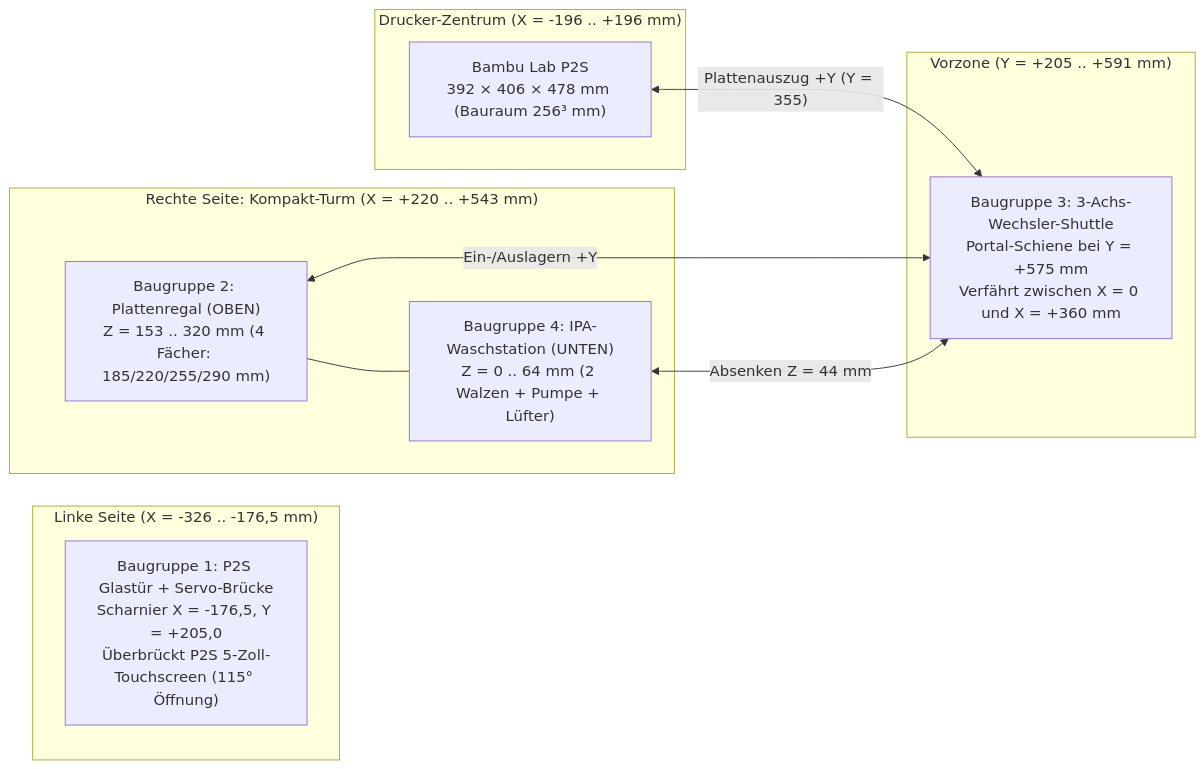
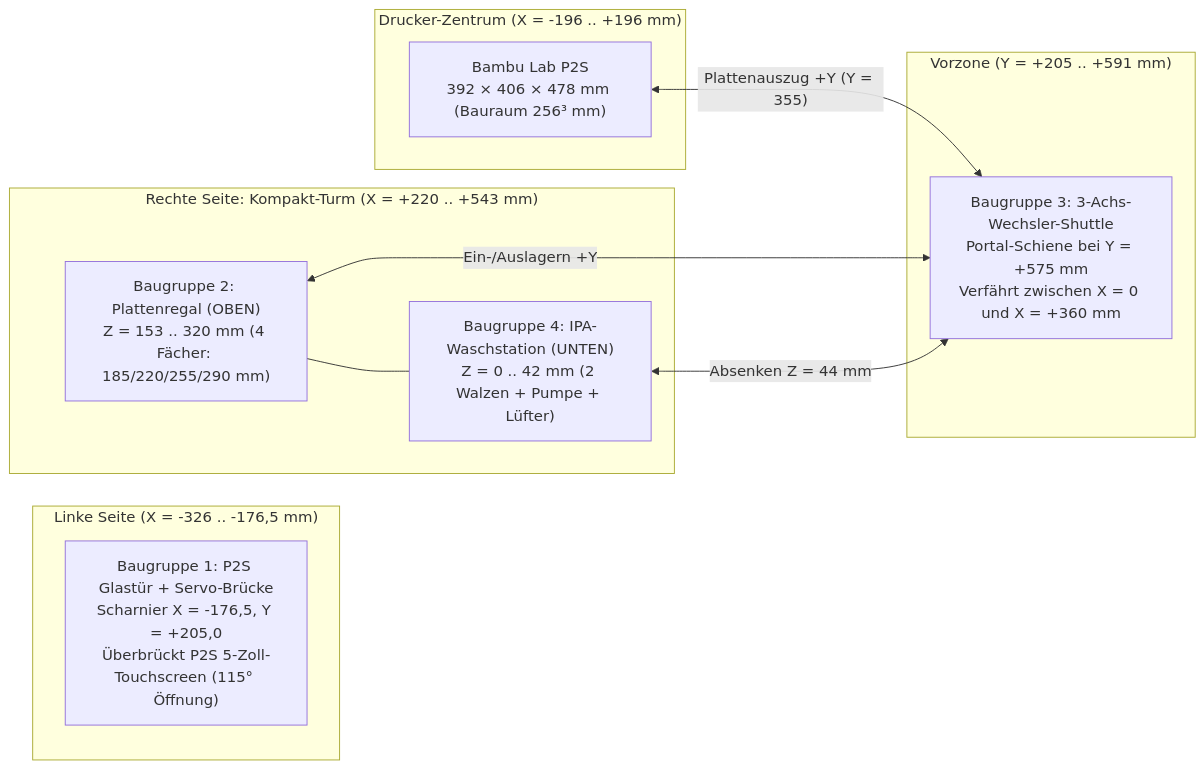
The diagram in werkzeuge/automation_hardware/TUER_MAGAZIN_WASCHSTATION.md (Luk1236/printlab), drawn with Mermaid before and after one commit. The commit also changed other lines of this file and 39 other files, not shown here.

````diff
--- a/werkzeuge/automation_hardware/TUER_MAGAZIN_WASCHSTATION.md
+++ b/werkzeuge/automation_hardware/TUER_MAGAZIN_WASCHSTATION.md
@@ -27,20 +27,20 @@
 ```mermaid
 flowchart LR
     subgraph LINKS["Linke Seite (X = -326 .. -176,5 mm)"]
         D["Baugruppe 1: P2S Glastür + Servo-Brücke\nScharnier X = -176,5, Y = +205,0\nÜberbrückt P2S 5-Zoll-Touchscreen (115° Öffnung)"]
     end
     subgraph MITTE["Drucker-Zentrum (X = -196 .. +196 mm)"]
         P["Bambu Lab P2S\n392 × 406 × 478 mm (Bauraum 256³ mm)"]
     end
     subgraph RECHTS["Rechte Seite: Kompakt-Turm (X = +220 .. +543 mm)"]
         M["Baugruppe 2: Plattenregal (OBEN)\nZ = 153 .. 320 mm (4 Fächer: 185/220/255/290 mm)"]
-        W["Baugruppe 4: IPA-Waschstation (UNTEN)\nZ = 0 .. 64 mm (2 Walzen + Pumpe + Lüfter)"]
+        W["Baugruppe 4: IPA-Waschstation (UNTEN)\nZ = 0 .. 42 mm (2 Walzen + Pumpe + Lüfter)"]
         M --- W
     end
     subgraph VORNE["Vorzone (Y = +205 .. +591 mm)"]
         S["Baugruppe 3: 3-Achs-Wechsler-Shuttle\nPortal-Schiene bei Y = +575 mm\nVerfährt zwischen X = 0 und X = +360 mm"]
     end
     P <-->|"Plattenauszug +Y (Y = 355)"| S
     M <-->|"Ein-/Auslagern +Y"| S
     W <-->|"Absenken Z = 44 mm"| S
 ```
````
